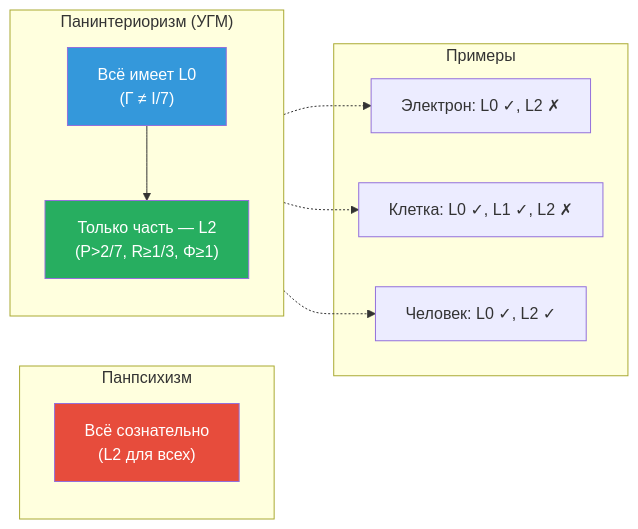
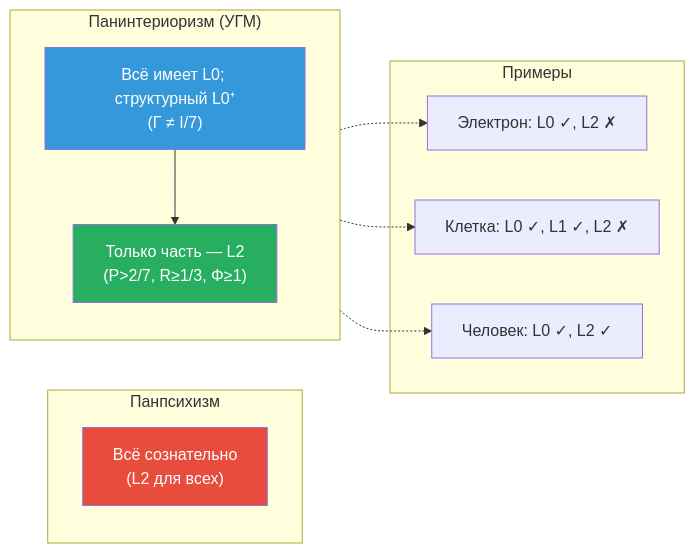
Before and after one commit to gst-st/uhm: the first of 2 diagrams in website/i18n/ru/docusaurus-plugin-content-docs/current/consciousness/comparative/panpsychism-analysis.md, drawn with Mermaid. The commit also changed other lines of this file and 55 other files, not shown here.

````diff
--- a/website/i18n/ru/docusaurus-plugin-content-docs/current/consciousness/comparative/panpsychism-analysis.md
+++ b/website/i18n/ru/docusaurus-plugin-content-docs/current/consciousness/comparative/panpsychism-analysis.md
@@ -225,28 +227,28 @@
 ```mermaid
 graph LR
     subgraph "Панпсихизм"
         direction TB
         ALL_CONS["Всё сознательно<br/>(L2 для всех)"]
     end
 
     subgraph "Панинтериоризм (УГМ)"
         direction TB
-        ALL_L0["Всё имеет L0<br/>(Γ ≠ I/7)"]
+        ALL_L0["Всё имеет L0; структурный L0⁺<br/>(Γ ≠ I/7)"]
         SOME_L2["Только часть — L2<br/>(P>2/7, R≥1/3, Φ≥1)"]
         ALL_L0 --> SOME_L2
     end
 
     subgraph "Примеры"
         ELEC["Электрон: L0 ✓, L2 ✗"]
         CELL["Клетка: L0 ✓, L1 ✓, L2 ✗"]
         HUMAN["Человек: L0 ✓, L2 ✓"]
     end
 
     ALL_L0 -.-> ELEC
     ALL_L0 -.-> CELL
     SOME_L2 -.-> HUMAN
 
     style ALL_CONS fill:#e74c3c,color:#fff
     style ALL_L0 fill:#3498db,color:#fff
     style SOME_L2 fill:#27ae60,color:#fff
 ```
````
